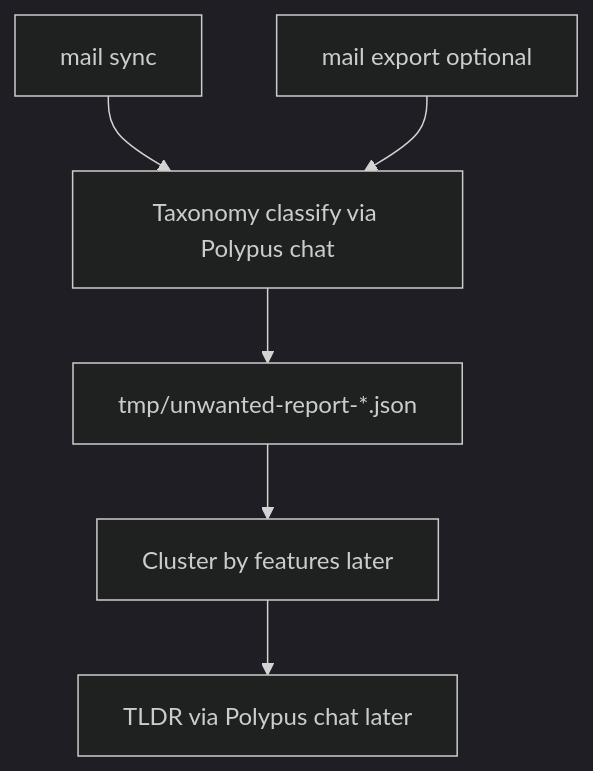
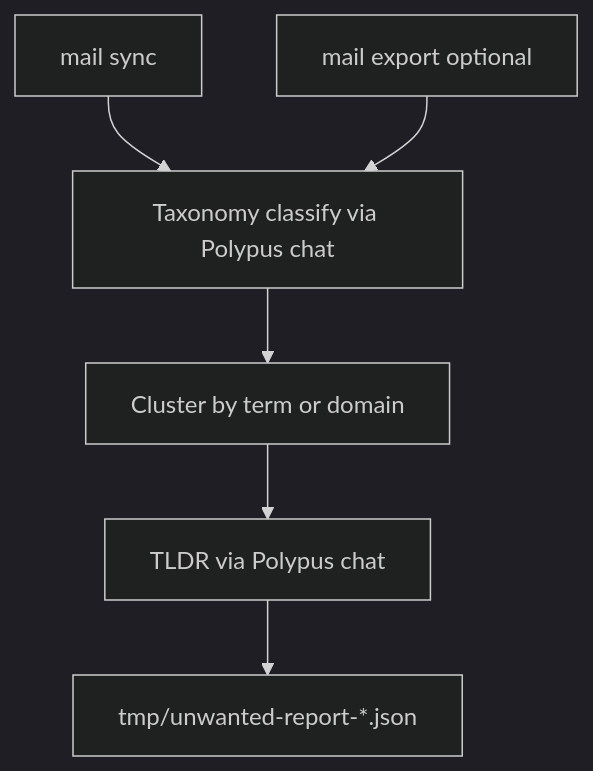
The diagram in docs/report-only-eval.md (xynova/should-i-read), drawn with Mermaid (dark theme) before and after one commit. The commit also changed other lines of this file and 95 other files, not shown here.

````diff
--- a/docs/report-only-eval.md
+++ b/docs/report-only-eval.md
@@ -20,14 +20,14 @@
 ```mermaid
 flowchart TD
   sync[mail sync]
   classify[Taxonomy classify via Polypus chat]
   report[tmp/unwanted-report-*.json]
   export[mail export optional]
-  cluster[Cluster by features later]
-  tldr[TLDR via Polypus chat later]
+  cluster[Cluster by term or domain]
+  tldr[TLDR via Polypus chat]
   sync --> classify
-  classify --> report
+  classify --> cluster
+  cluster --> tldr
+  tldr --> report
   export --> classify
-  report --> cluster
-  cluster --> tldr
 ```
````
